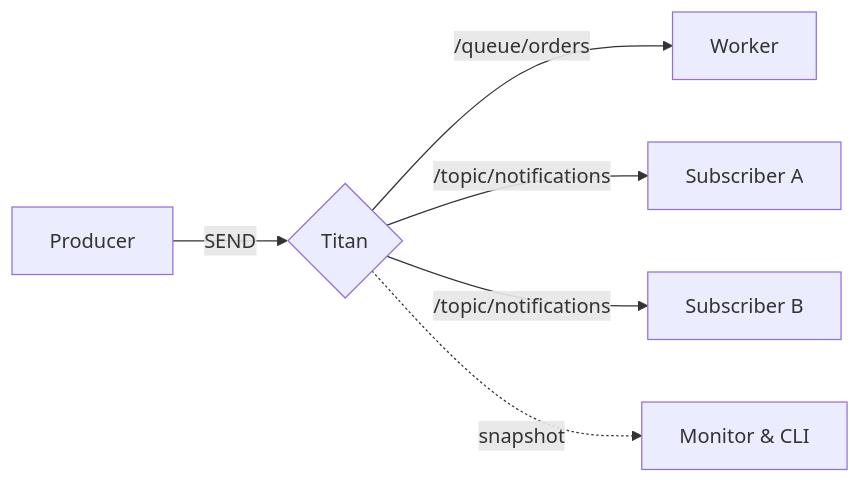
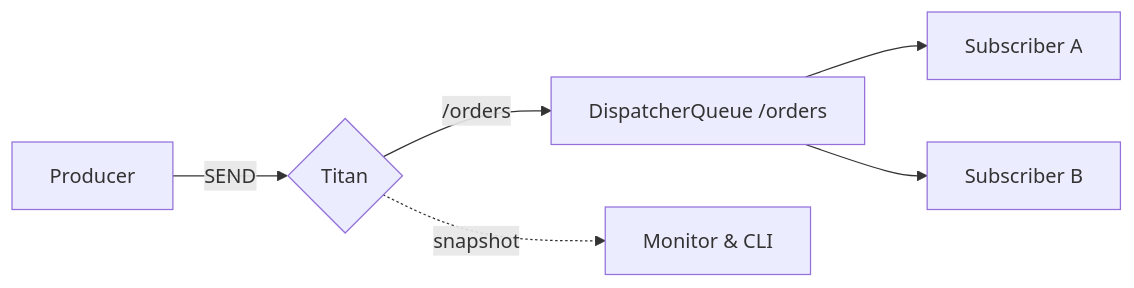
Before and after one commit to traffic-hunter/titan: the diagram in docs/README.md, drawn with Mermaid. The commit also changed other lines of this file and 9 other files, not shown here.

````diff
--- a/docs/README.md
+++ b/docs/README.md
@@ -78,8 +79,8 @@
 ```mermaid
 flowchart LR
     P[Producer] -->|SEND| T{Titan}
-    T -->|/queue/orders| C1[Worker]
-    T -->|/topic/notifications| C2[Subscriber A]
-    T -->|/topic/notifications| C3[Subscriber B]
+    T -->|/orders| Q[DispatcherQueue /orders]
+    Q --> C1[Subscriber A]
+    Q --> C2[Subscriber B]
     T -.->|snapshot| M[Monitor & CLI]
 ```
````
